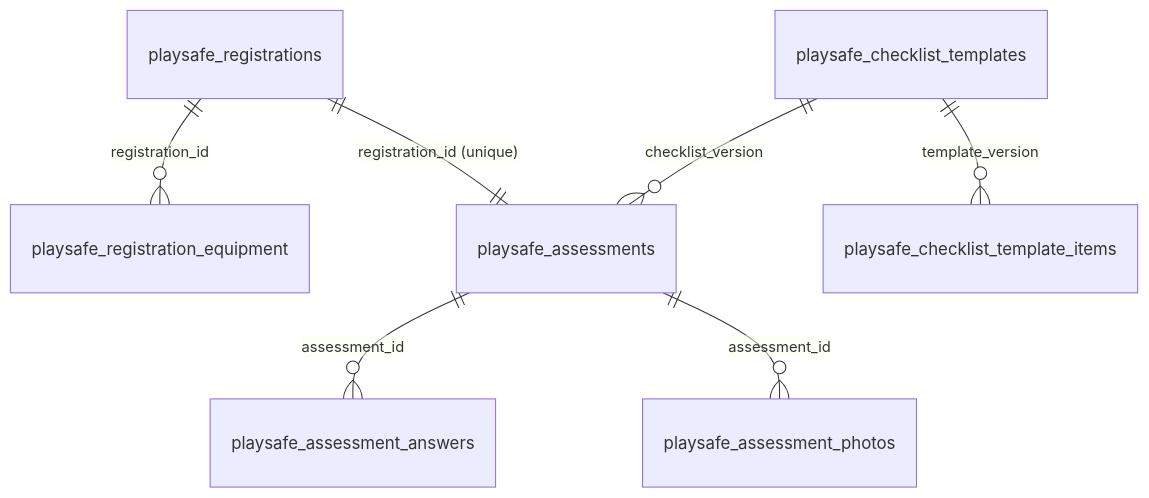
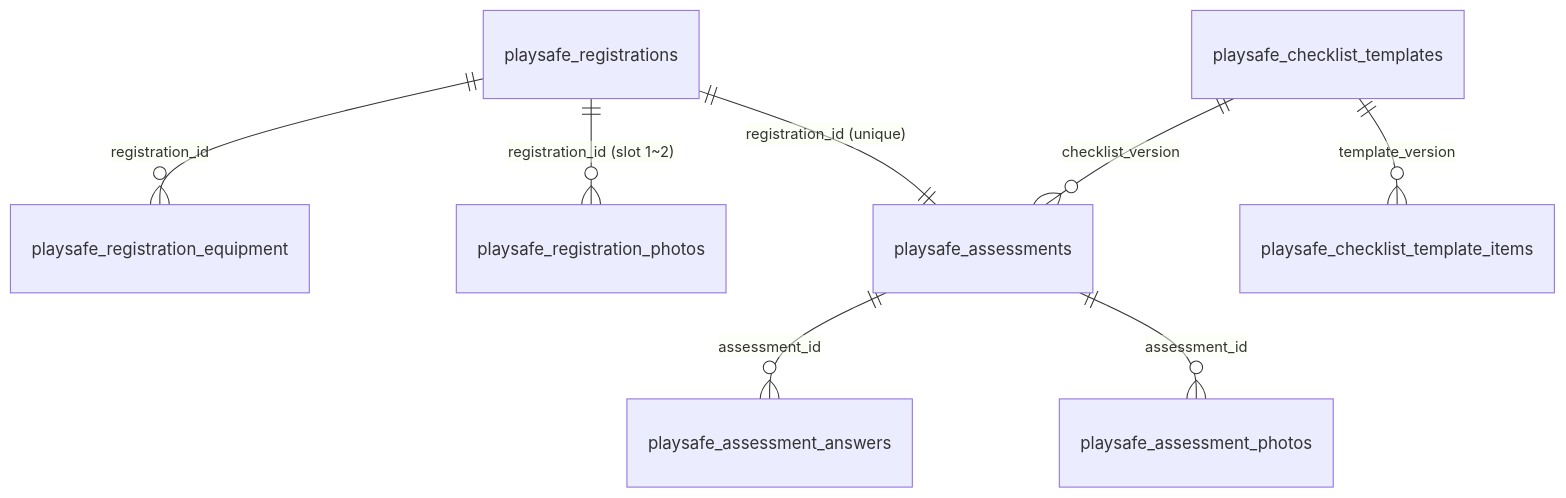
One commit to koreatommy/safe changed the diagram in docs/DB_input_Schema.md. Above: the diagram before and after it, drawn with Mermaid. The commit also changed other lines of this file and 41 other files, not shown here.

````diff
--- a/docs/DB_input_Schema.md
+++ b/docs/DB_input_Schema.md
@@ -28,9 +29,10 @@
 ```mermaid
 erDiagram
   playsafe_registrations ||--o{ playsafe_registration_equipment : "registration_id"
+  playsafe_registrations ||--o{ playsafe_registration_photos : "registration_id (slot 1~2)"
   playsafe_registrations ||--|| playsafe_assessments : "registration_id (unique)"
   playsafe_assessments ||--o{ playsafe_assessment_answers : "assessment_id"
   playsafe_assessments ||--o{ playsafe_assessment_photos : "assessment_id"
   playsafe_checklist_templates ||--o{ playsafe_checklist_template_items : "template_version"
   playsafe_checklist_templates ||--o{ playsafe_assessments : "checklist_version"
 ```
````
